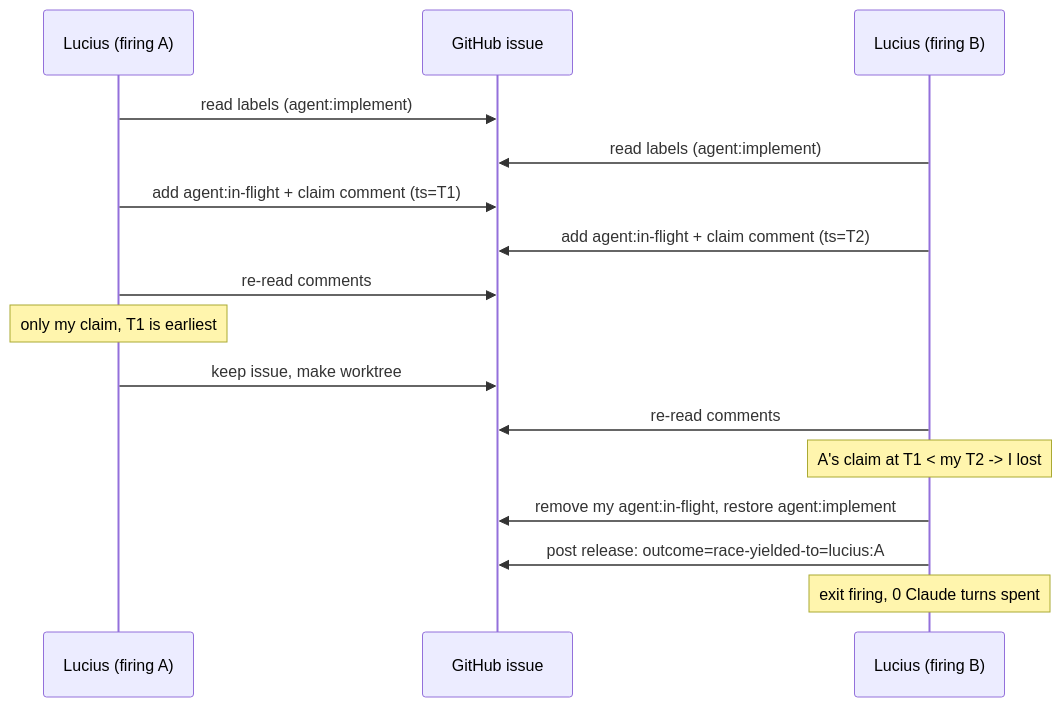
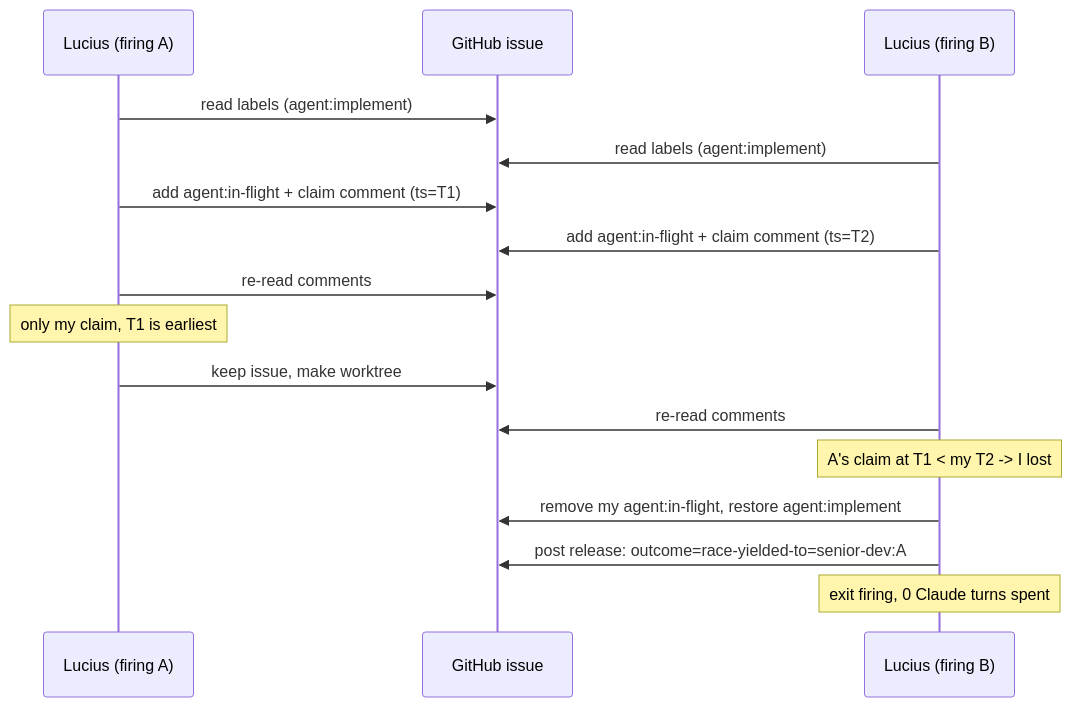
The second of 2 diagrams in site/src/content/docs/concepts/state-machine.md (luminik-io/alfred), drawn with Mermaid before and after one commit. The commit also changed other lines of this file and 174 other files, not shown here.

Commit message:
refactor: make architect the runtime role

````diff
--- a/site/src/content/docs/concepts/state-machine.md
+++ b/site/src/content/docs/concepts/state-machine.md
@@ -108,19 +108,19 @@
 ```mermaid
 sequenceDiagram
     participant L as Lucius (firing A)
     participant gh as GitHub issue #303
     participant B as Lucius (firing B)
 
     L->>gh: read labels (agent:implement)
     B->>gh: read labels (agent:implement)
     L->>gh: add agent:in-flight + claim comment (ts=T1)
     B->>gh: add agent:in-flight + claim comment (ts=T2)
     L->>gh: re-read comments
     Note over L: only my claim, T1 is earliest
     L->>gh: keep issue, make worktree
     B->>gh: re-read comments
     Note over B: A's claim at T1 < my T2 -> I lost
     B->>gh: remove my agent:in-flight, restore agent:implement
-    B->>gh: post release: outcome=race-yielded-to=lucius:A
+    B->>gh: post release: outcome=race-yielded-to=senior-dev:A
     Note over B: exit firing, 0 Claude turns spent
 ```
````
